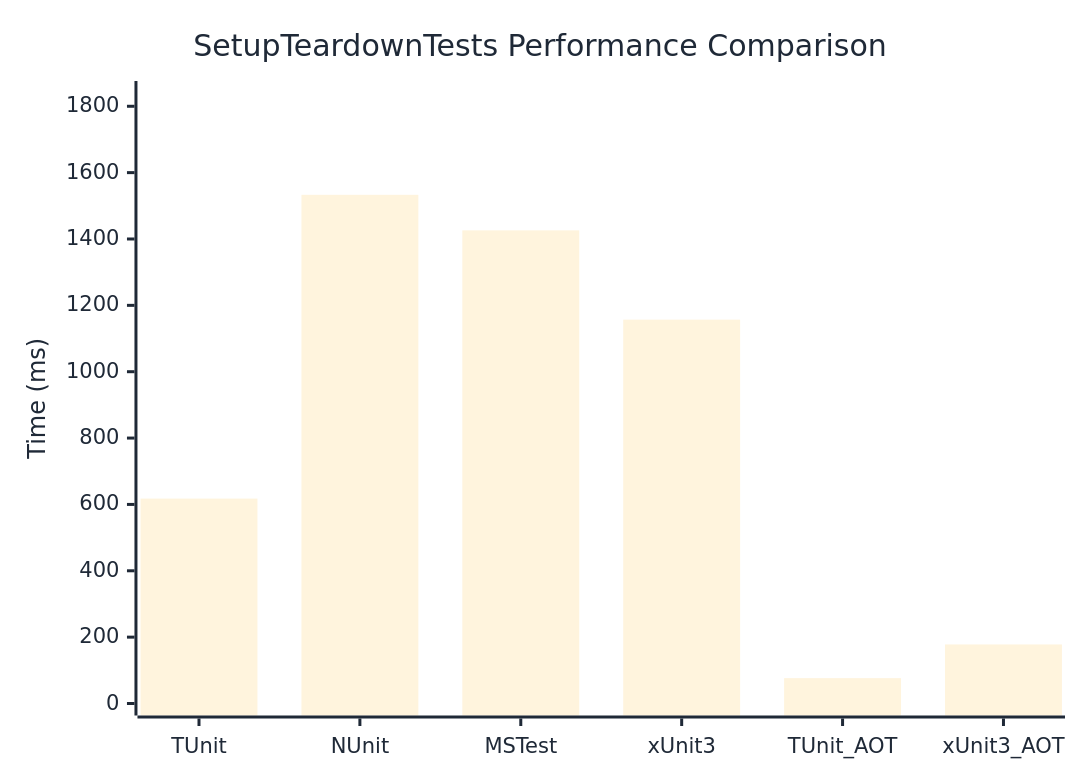
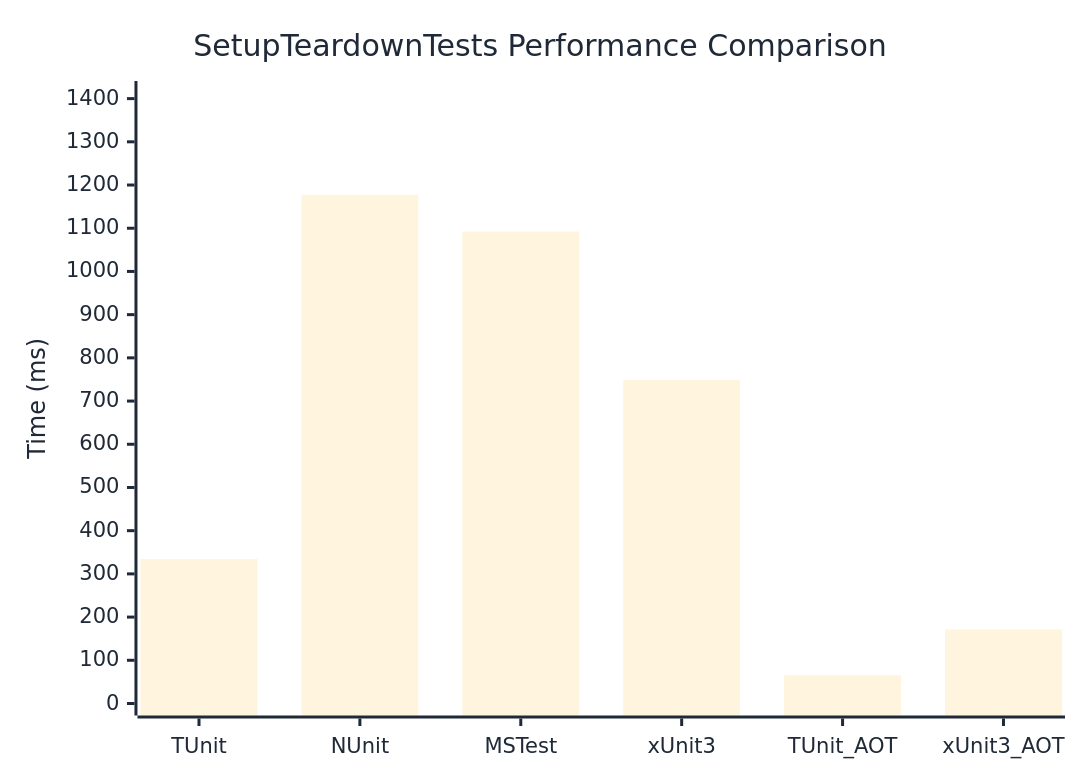
Before and after one commit to thomhurst/TUnit: the diagram in docs/docs/benchmarks/engine/SetupTeardownTests.md, drawn with Mermaid. The commit also changed other lines of this file and 18 other files, not shown here.

````diff
--- a/docs/docs/benchmarks/engine/SetupTeardownTests.md
+++ b/docs/docs/benchmarks/engine/SetupTeardownTests.md
@@ -30,37 +30,37 @@
 ```mermaid
 %%{init: {
   'theme':'base',
   'themeVariables': {
     'primaryColor': '#2563eb',
     'primaryTextColor': '#1f2937',
     'primaryBorderColor': '#1e40af',
     'lineColor': '#6b7280',
     'secondaryColor': '#7c3aed',
     'tertiaryColor': '#dc2626',
     'background': '#ffffff',
     'mainBkg': '#2563eb',
     'secondBkg': '#7c3aed',
     'tertiaryBkg': '#dc2626',
     'clusterBkg': '#f3f4f6',
     'edgeLabelBackground': '#ffffff',
     'tertiaryTextColor': '#1f2937',
     'pie1': '#2563eb',
     'pie2': '#7c3aed',
     'pie3': '#dc2626',
     'pie4': '#f59e0b',
     'pie5': '#10b981',
     'pie6': '#06b6d4',
     'pie7': '#ec4899',
     'pie8': '#6366f1',
     'pie9': '#84cc16',
     'pie10': '#f97316',
     'pie11': '#14b8a6',
     'pie12': '#a855f7'
   }
 }}%%
 xychart-beta
   title "SetupTeardownTests Performance Comparison"
   x-axis ["TUnit", "NUnit", "MSTest", "xUnit3", "TUnit_AOT", "xUnit3_AOT"]
-  y-axis "Time (ms)" 0 --> 1840
-  bar [617.55, 1533.15, 1425.98, 1156.94, 76.46, 177.97]
+  y-axis "Time (ms)" 0 --> 1413
+  bar [334.52, 1177.5, 1092.32, 748.72, 65.53, 171.25]
 ```
````
